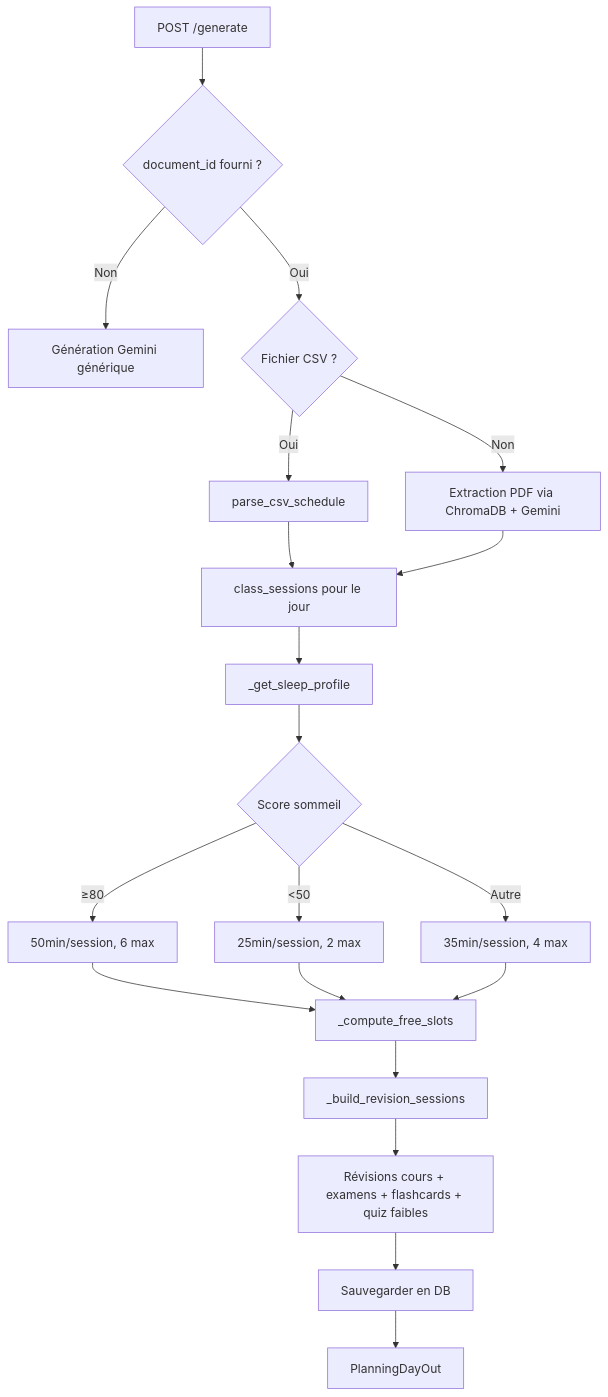
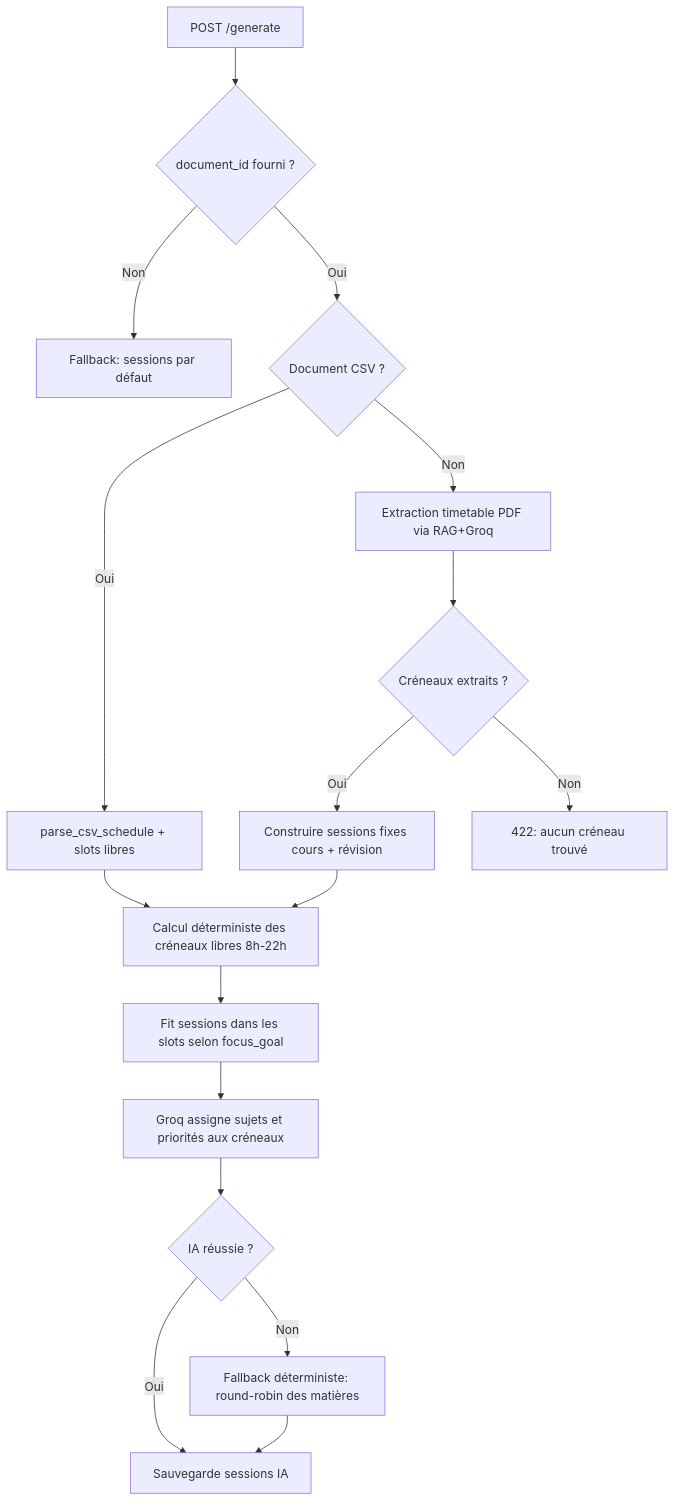
One commit to Jkacem/smart_focus changed the third of 3 diagrams in docs/Conception_Endpoints_API.md. Above: the diagram before and after it, drawn with Mermaid. The commit also changed other lines of this file and 93 other files, not shown here.

````diff
--- a/docs/Conception_Endpoints_API.md
+++ b/docs/Conception_Endpoints_API.md
@@ -221,20 +252,20 @@
 ```mermaid
 flowchart TD
     A[POST /generate] --> B{document_id fourni ?}
-    B -- Non --> C[Génération Gemini générique]
-    B -- Oui --> D{Fichier CSV ?}
-    D -- Oui --> E[parse_csv_schedule]
-    D -- Non --> F[Extraction PDF via ChromaDB + Gemini]
-    E --> G[class_sessions pour le jour]
-    F --> G
-    G --> H[_get_sleep_profile]
-    H --> I{Score sommeil}
-    I -- ≥80 --> J[50min/session, 6 max]
-    I -- <50 --> K[25min/session, 2 max]
-    I -- Autre --> L[35min/session, 4 max]
-    J & K & L --> M[_compute_free_slots]
-    M --> N[_build_revision_sessions]
-    N --> O[Révisions cours + examens + flashcards + quiz faibles]
-    O --> P[Sauvegarder en DB]
-    P --> Q[PlanningDayOut]
+    B -- Non --> C[Fallback: sessions par défaut]
+    B -- Oui --> D{Document CSV ?}
+    D -- Oui --> E[parse_csv_schedule + slots libres]
+    D -- Non --> F[Extraction timetable PDF via RAG+Groq]
+    F --> G{Créneaux extraits ?}
+    G -- Oui --> H[Construire sessions fixes cours + révision]
+    G -- Non --> I[422: aucun créneau trouvé]
+
+    E --> J[Calcul déterministe des créneaux libres 8h-22h]
+    H --> J
+    J --> K[Fit sessions dans les slots selon focus_goal]
+    K --> L[Groq assigne sujets et priorités aux créneaux]
+    L --> M{IA réussie ?}
+    M -- Oui --> N[Sauvegarde sessions IA]
+    M -- Non --> O[Fallback déterministe: round-robin des matières]
+    O --> N
 ```
````
